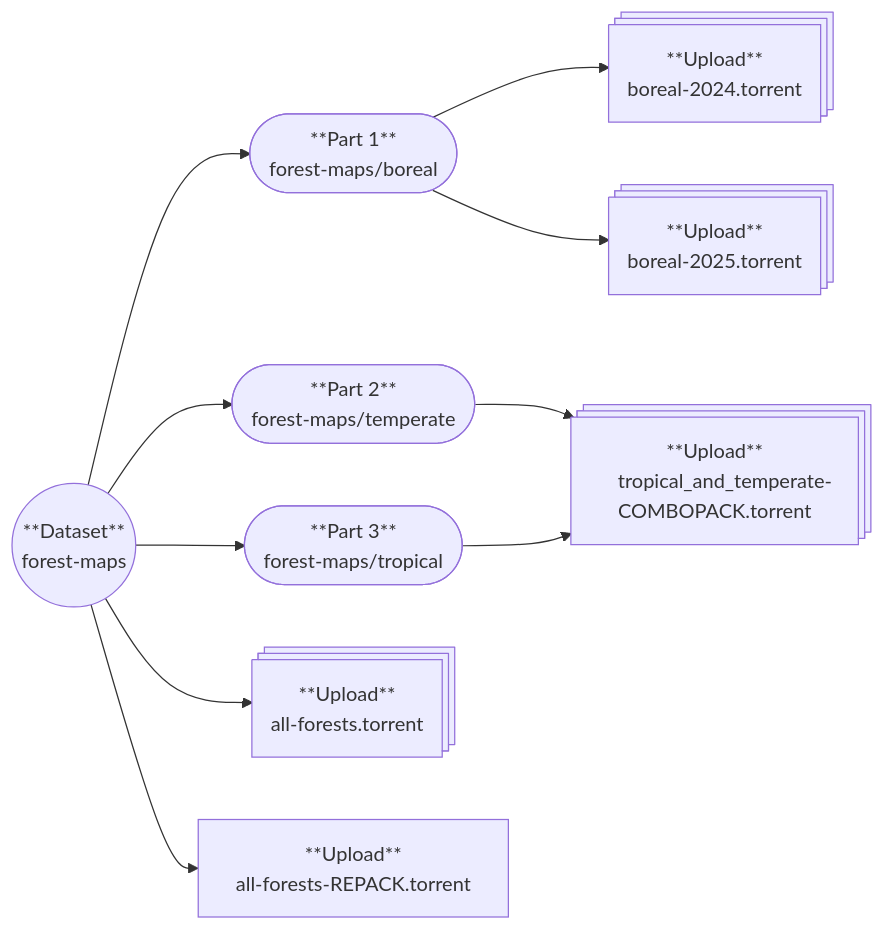
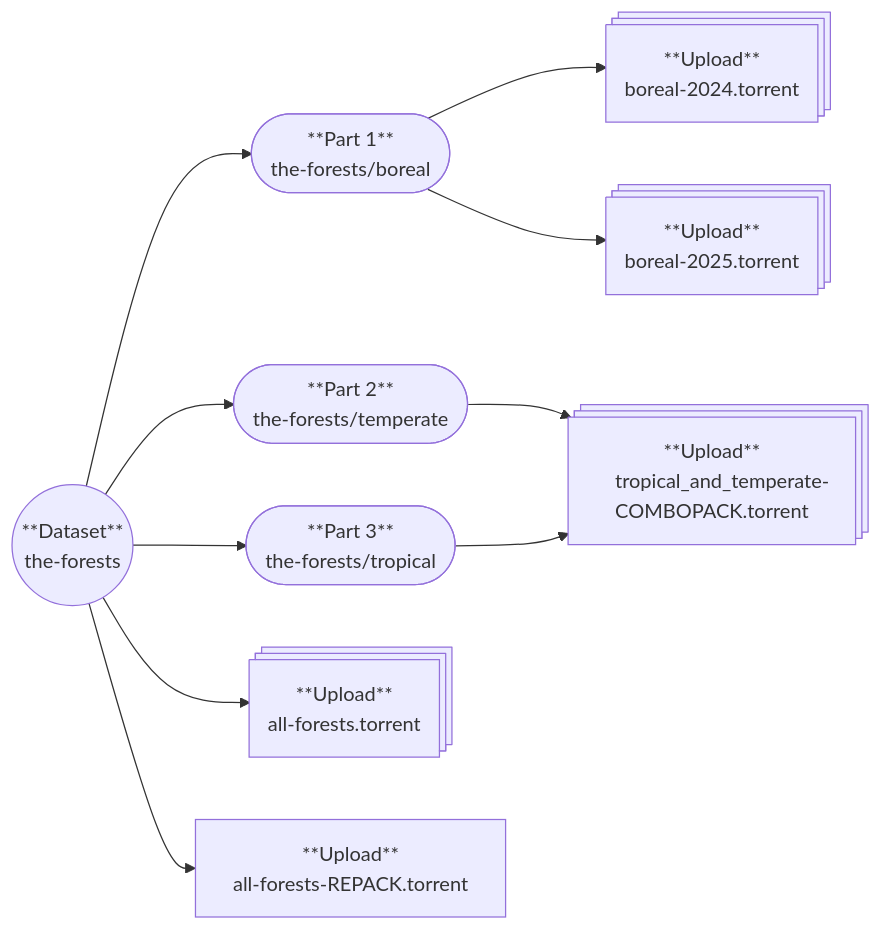
Before and after one commit to p2p-ld/sciop: the fifth of 5 diagrams in docs/using/browsing.md, drawn with Mermaid. The commit also changed other lines of this file, not shown here.

Commit message:
why would it be the-ocean and not the forests

````diff
--- a/docs/using/browsing.md
+++ b/docs/using/browsing.md
@@ -101,21 +101,21 @@
 ```mermaid
 flowchart LR
     D1(("**Dataset**
-    forest-maps")) --> DP1(["**Part 1**
-    forest-maps/boreal"]) & DP2(["**Part 2**
-    forest-maps/temperate"]) & DP3(["**Part 3**
-    forest-maps/tropical"]) & UP4["**Upload**
+    the-forests")) --> DP1(["**Part 1**
+    the-forests/boreal"]) & DP2(["**Part 2**
+    the-forests/temperate"]) & DP3(["**Part 3**
+    the-forests/tropical"]) & UP4["**Upload**
     all-forests.torrent"] & UP5["**Upload**
     all-forests-REPACK.torrent"]
     DP1 --> UP2["**Upload**
     boreal-2024.torrent"] & UP3["**Upload**
     boreal-2025.torrent"]
     DP2 --> UP1["**Upload**
     tropical_and_temperate-COMBOPACK.torrent"]
     DP3 --> UP1
 
     UP4@{ shape: procs}
     UP2@{ shape: procs}
     UP3@{ shape: procs}
     UP1@{ shape: procs}
 ```
````
